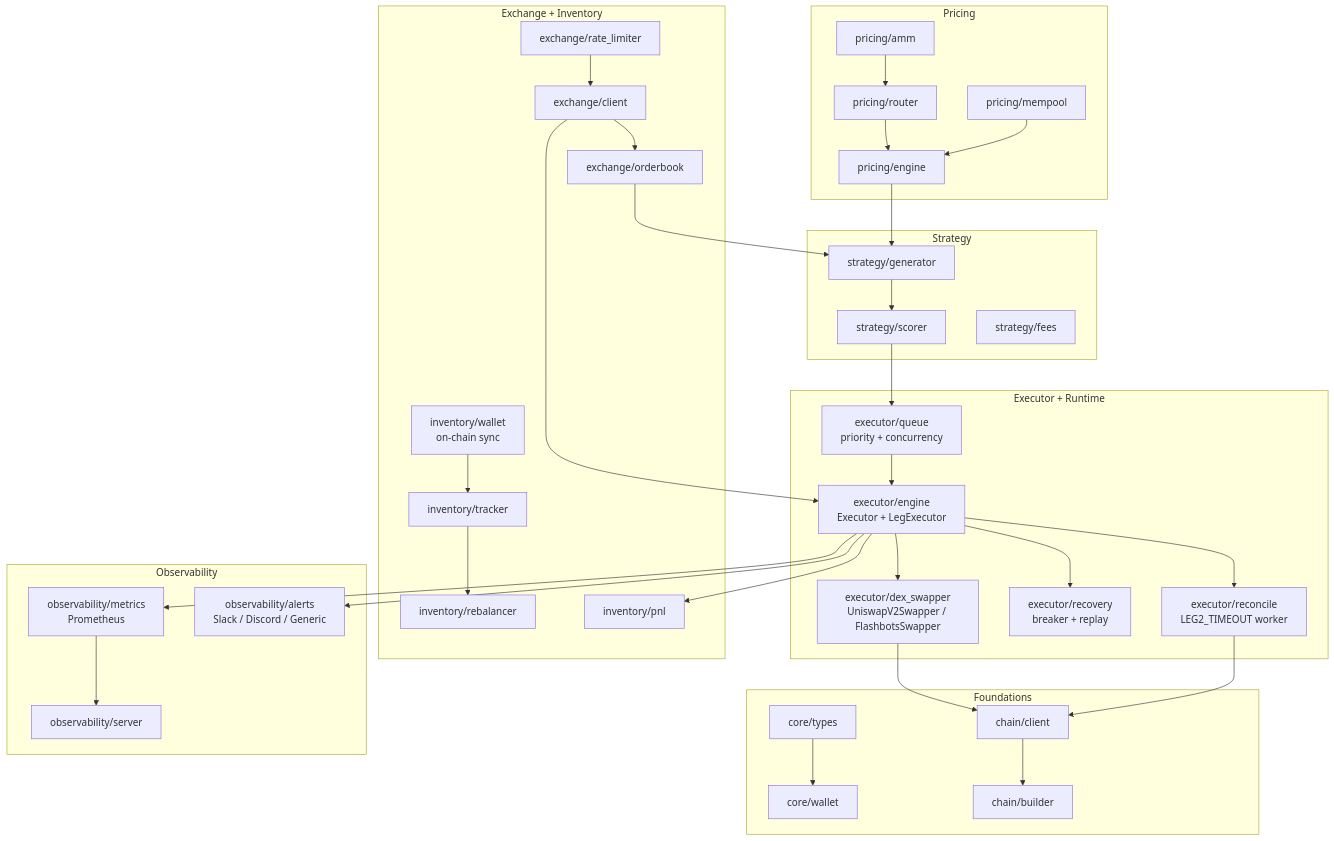
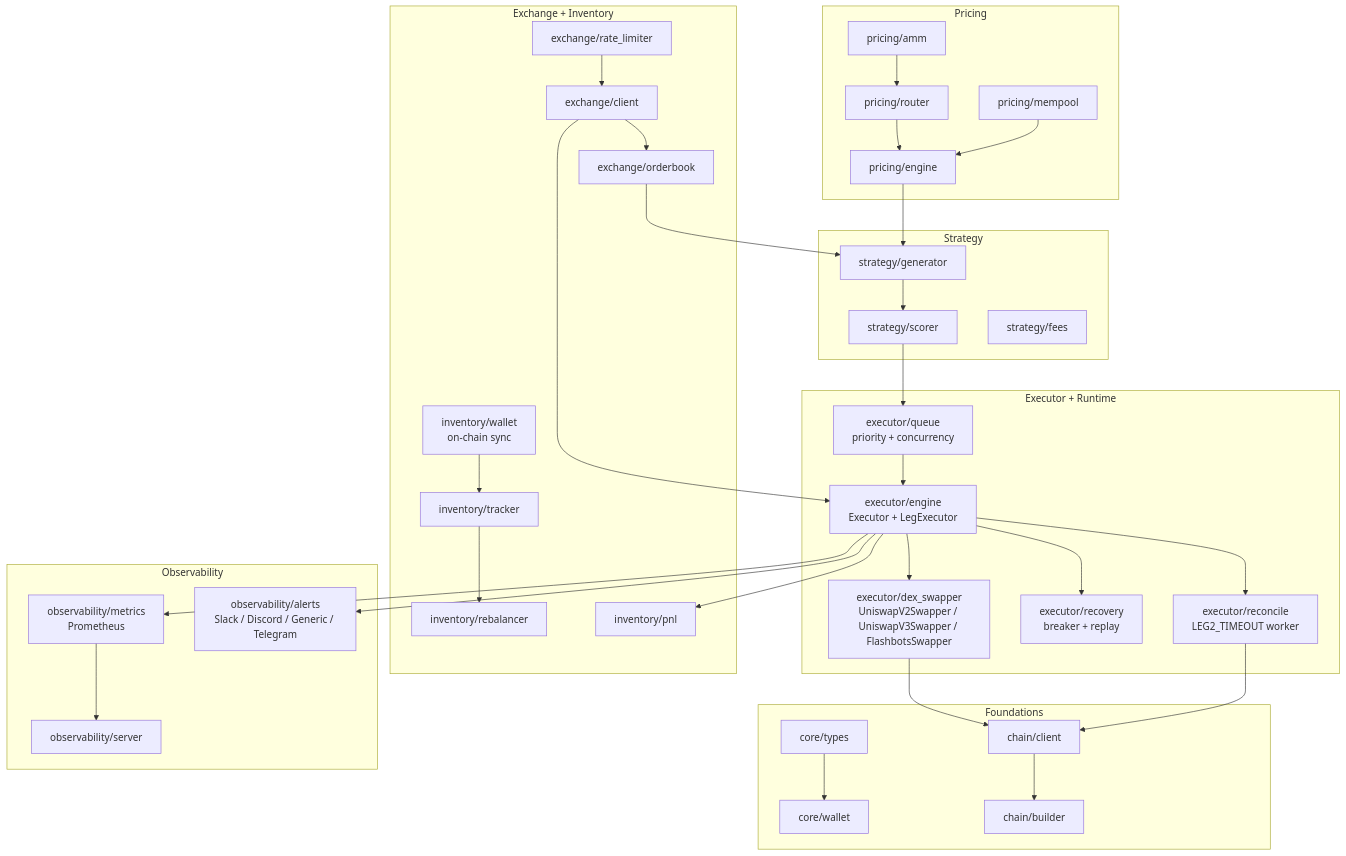
The first of 2 diagrams in README.md (Gravelino/peanut_internship), drawn with Mermaid before and after one commit. The commit also changed other lines of this file, not shown here.

````diff
--- a/README.md
+++ b/README.md
@@ -194,48 +235,48 @@
 ```mermaid
 flowchart TB
     subgraph Foundations
         A[core/types] --> B[core/wallet]
         C[chain/client] --> D[chain/builder]
     end
 
     subgraph Pricing
         E[pricing/amm] --> F[pricing/router]
         F --> G[pricing/engine]
         H[pricing/mempool] --> G
     end
 
     subgraph Exchange_Inventory [Exchange + Inventory]
         K[exchange/client] --> M[exchange/orderbook]
         N[exchange/rate_limiter] --> K
         O[inventory/tracker] --> P[inventory/rebalancer]
         Q[inventory/pnl]
         W[inventory/wallet<br/>on-chain sync] --> O
     end
 
     subgraph Strategy
         S1[strategy/generator] --> S2[strategy/scorer]
         S3[strategy/fees]
     end
 
     subgraph Executor_Runtime [Executor + Runtime]
         X1[executor/queue<br/>priority + concurrency] --> X2[executor/engine<br/>Executor + LegExecutor]
-        X2 --> X3[executor/dex_swapper<br/>UniswapV2Swapper / FlashbotsSwapper]
+        X2 --> X3[executor/dex_swapper<br/>UniswapV2Swapper / UniswapV3Swapper / FlashbotsSwapper]
         X2 --> X4[executor/recovery<br/>breaker + replay]
         X2 --> X5[executor/reconcile<br/>LEG2_TIMEOUT worker]
     end
 
     subgraph Observability
         Y1[observability/metrics<br/>Prometheus] --> Y3[observability/server]
-        Y2[observability/alerts<br/>Slack / Discord / Generic]
+        Y2[observability/alerts<br/>Slack / Discord / Generic / Telegram]
     end
 
     G --> S1
     M --> S1
     S2 --> X1
     K --> X2
     X3 --> C
     X5 --> C
     X2 --> Q
     X2 --> Y1
     X2 --> Y2
 ```
````
